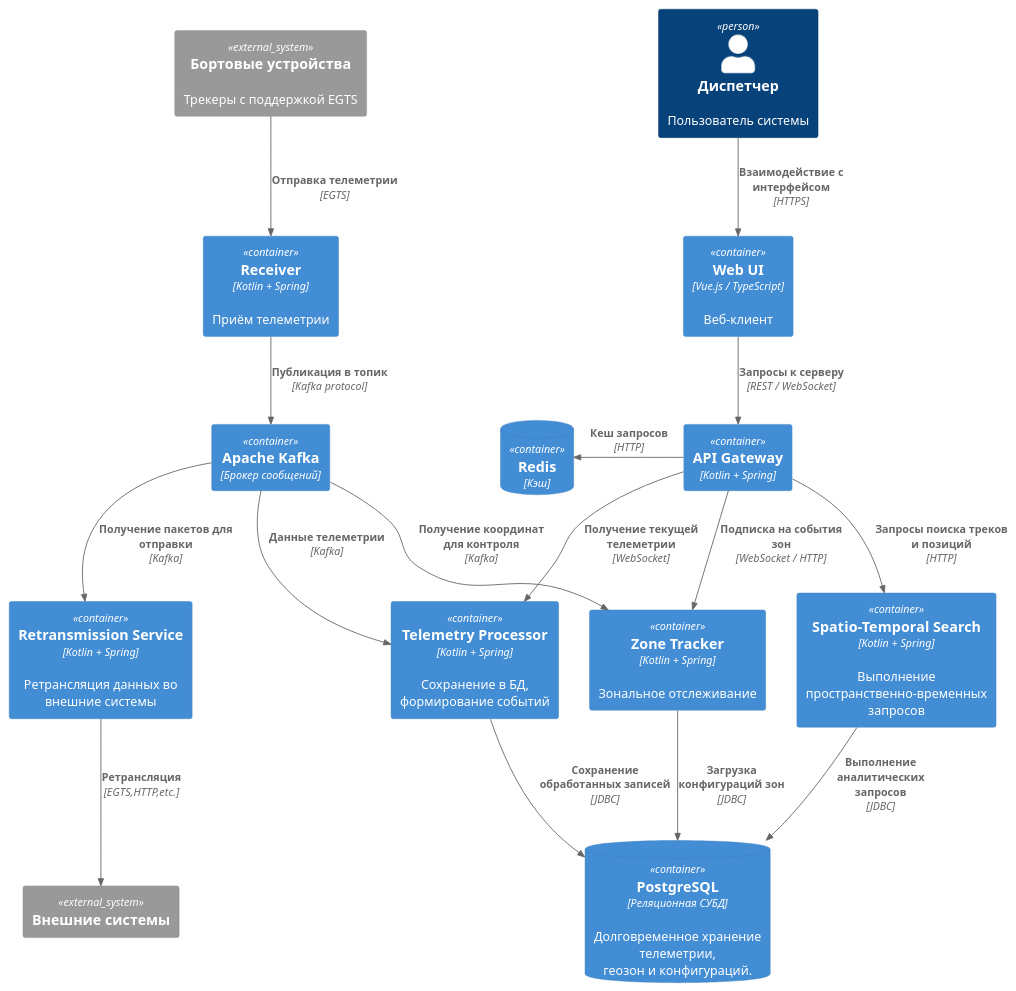
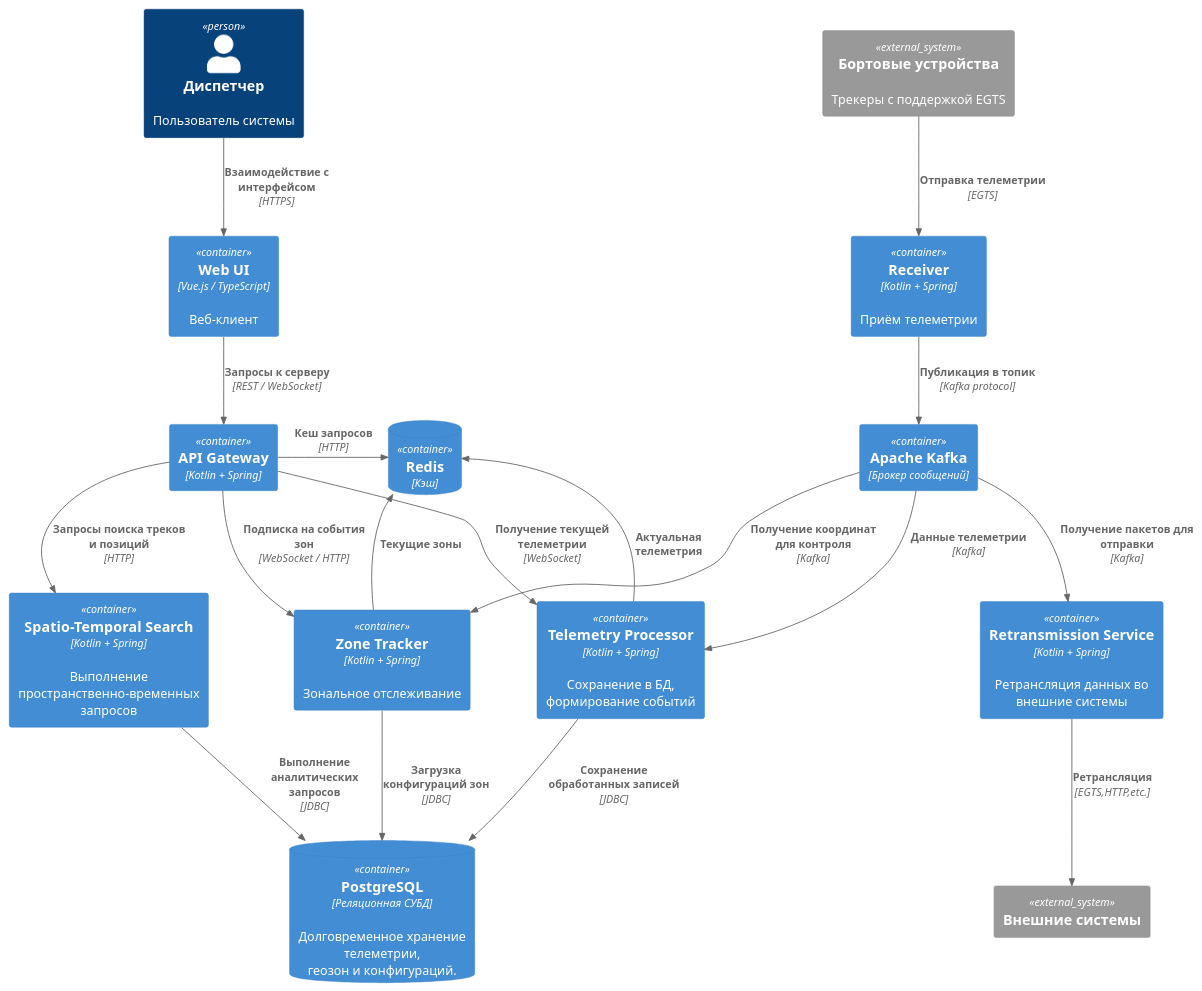
One commit to maxi7665/VKR changed the diagram in architecture_component.puml. Above: the diagram before and after it, drawn with PlantUML. The commit also changed 117 other files, not shown here.

```diff
--- a/architecture_component.puml
+++ b/architecture_component.puml
@@ -8,58 +8,60 @@
 @startuml
 !include <C4/C4_Container>
 
 'title Диаграмма компонентов системы позиционного \nотслеживания транспортных средств
 
 ' Внешние сущности
 Person(user, "Диспетчер", "Пользователь системы")
 System_Ext(devices, "Бортовые устройства", "Трекеры с поддержкой EGTS")
 System_Ext(gov_systems, "Внешние системы")
 
 ' Граница разрабатываемой системы
 'System_Boundary(tracking_system, "Система позиционного отслеживания") {
     
     ' Основные контейнеры
     Container(ingress, "Receiver", "Kotlin + Spring", "Приём телеметрии")
     Container(kafka, "Apache Kafka", "Брокер сообщений")
     
     ' Обрабатывающие сервисы
     Container(processor, "Telemetry Processor", "Kotlin + Spring", "Сохранение в БД, формирование событий")
     Container(zone_tracker, "Zone Tracker", "Kotlin + Spring", "Зональное отслеживание")
     Container(search, "Spatio-Temporal Search", "Kotlin + Spring", "Выполнение пространственно-временных запросов")
     Container(retrans, "Retransmission Service", "Kotlin + Spring", "Ретрансляция данных во внешние системы")
     
     ' API и интерфейс пользователя
     Container(api, "API Gateway", "Kotlin + Spring")
     Container(web, "Web UI", "Vue.js / TypeScript", "Веб-клиент")
     
     ' Хранилища данных
     ContainerDb(postgres, "PostgreSQL", "Реляционная СУБД", "Долговременное хранение телеметрии,\nгеозон и конфигураций.")
     ContainerDb(redis, "Redis", "Кэш")
 '}
 
 ' Связи
 Rel(devices, ingress, "Отправка телеметрии", "EGTS")
 Rel(ingress, kafka, "Публикация в топик", "Kafka protocol")
 Rel(kafka, processor, "Данные телеметрии", "Kafka")
 Rel(kafka, zone_tracker, "Получение координат для контроля", "Kafka")
 Rel(kafka, retrans, "Получение пакетов для отправки", "Kafka")
 
 Rel(processor, postgres, "Сохранение обработанных записей", "JDBC")
 Rel(zone_tracker, postgres, "Загрузка конфигураций зон", "JDBC")
 Rel(search, postgres, "Выполнение аналитических запросов", "JDBC")
 
 Rel(retrans, gov_systems, "Ретрансляция", "EGTS,HTTP,etc.")
 
 Rel(user, web, "Взаимодействие с интерфейсом", "HTTPS")
 Rel(web, api, "Запросы к серверу", "REST / WebSocket")
 Rel(api, search, "Запросы поиска треков и позиций", "HTTP")
 Rel(api, zone_tracker, "Подписка на события зон", "WebSocket / HTTP")
 Rel(api, processor, "Получение текущей телеметрии", "WebSocket")
-Rel_L(api, redis, "Кеш запросов", "HTTP")
+Rel_R(api, redis, "Кеш запросов", "HTTP")
+Rel_U(processor, redis, "Актуальная телеметрия")
+Rel_U(zone_tracker, redis, "Текущие зоны")
 
 ' Примечания, подчёркивающие ключевые особенности
 'Note(top_of, kafka, "Кластер из нескольких брокеров\nРепликация партиций для отказоустойчивости")
 'Note(right_of, zone_tracker, "Горизонтально масштабируемый\nДо 50 000 зон на экземпляр\nПространственный индекс S2 в ОЗУ")
 'Note(bottom_of, retrans, "Гарантированная доставка:\nповторные попытки, DLQ")
 
 @enduml
```
